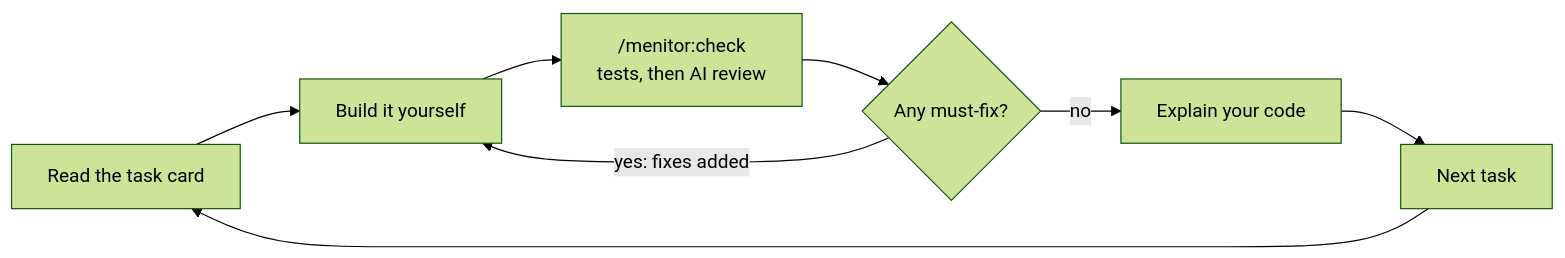
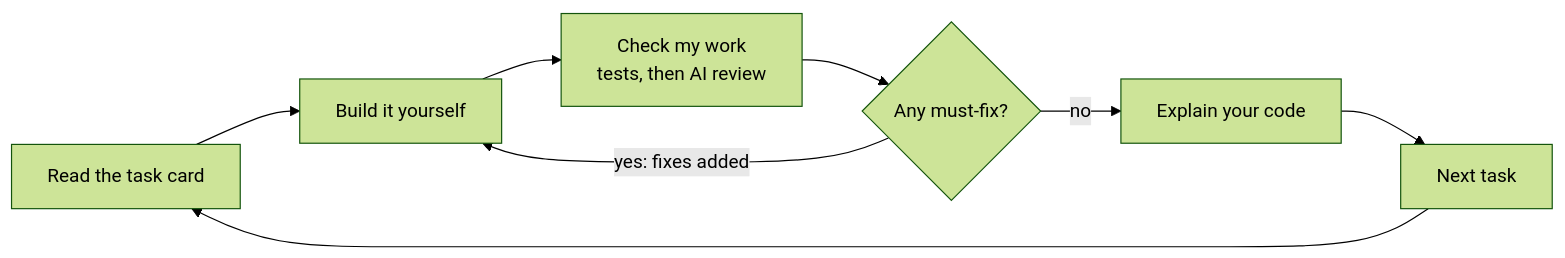
The diagram in README.md (Issmuth/menitor), drawn with Mermaid (forest theme) before and after one commit. The commit also changed other lines of this file, not shown here.

First line of the commit message:
docs(readme): a full guide to installing and using Menitor

````diff
--- a/README.md
+++ b/README.md
@@ -70,10 +105,10 @@
 ```mermaid
 flowchart LR
   read["Read the task card"] --> build["Build it yourself"]
-  build --> check["/menitor:check<br/>tests, then AI review"]
+  build --> check["Check my work<br/>tests, then AI review"]
   check --> mustfix{"Any must-fix?"}
   mustfix -- "yes: fixes added" --> build
   mustfix -- no --> explain["Explain your code"]
   explain --> next["Next task"]
   next --> read
 ```
````
